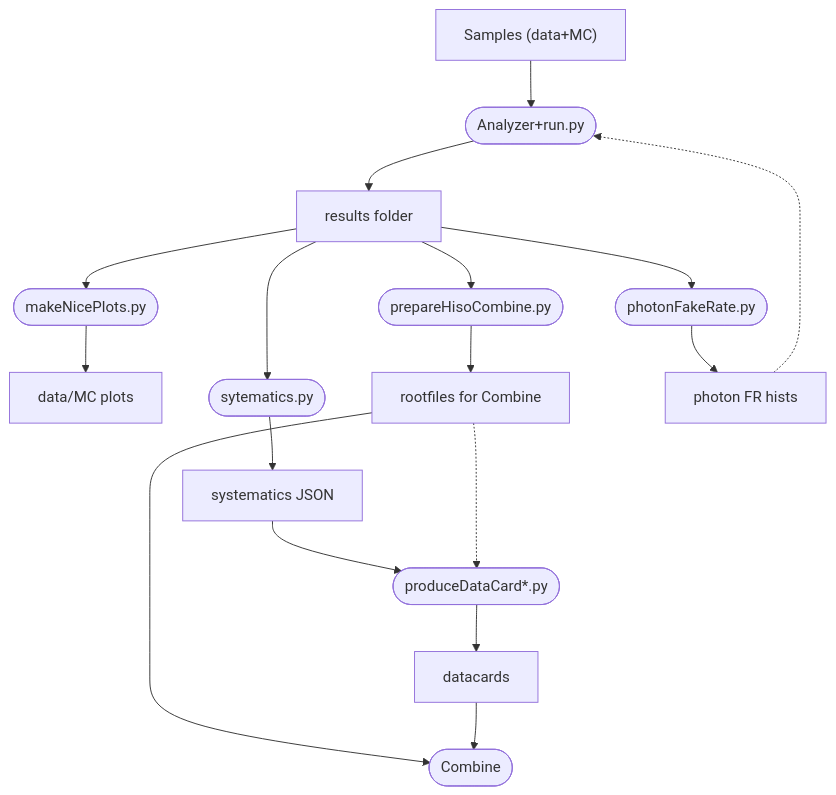
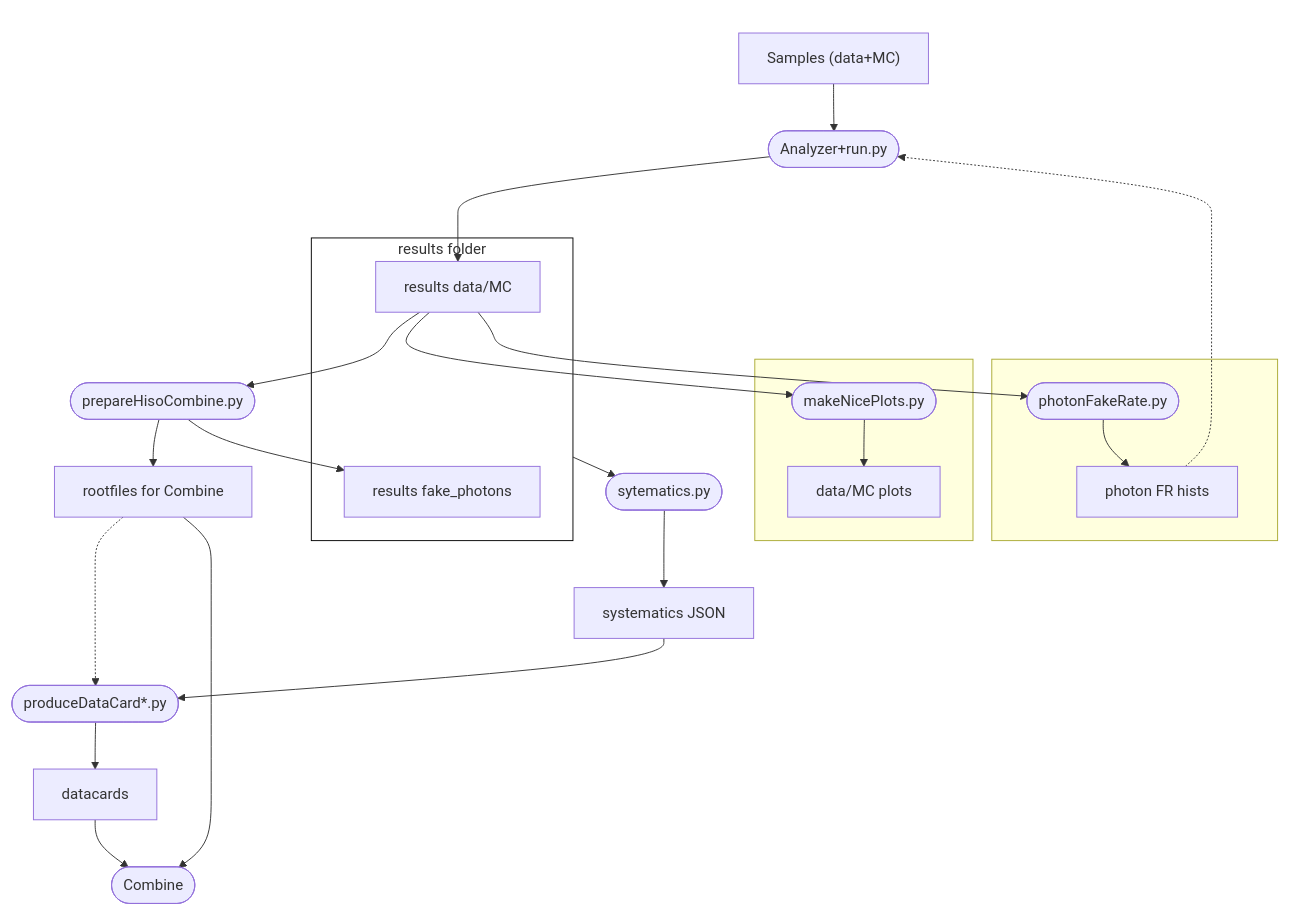
Before and after one commit to bellan/VVXAnalysis: the diagram in TreeAnalysis/README.md, drawn with Mermaid.

Commit message:
Update flowchart in README.md
Clarify that prepareHistoCombine.py is needed to produce fake_photons.root

````diff
--- a/TreeAnalysis/README.md
+++ b/TreeAnalysis/README.md
@@ -16,34 +16,64 @@
 ```mermaid
 graph TD;
     samples["Samples (data+MC)"]
     analyzer([Analyzer+run.py])
-    results[results folder]
+    results[results data/MC]
+    fakephotons[results fake_photons]
     makeNicePlots([makeNicePlots.py])
     dataMC[data/MC plots]
     systematics([sytematics.py])
     photonFakeRate([photonFakeRate.py])
     sysJSON[systematics JSON]
     prepareHisoCombine([prepareHisoCombine.py])
     histsCombine[rootfiles for Combine]
     produceDataCard([produceDataCard*.py])
     datacards[datacards]
     phFRhist[photon FR hists]
     combine([Combine])
 
     samples-->analyzer
     analyzer-->results
-    results-->makeNicePlots
     makeNicePlots-->dataMC
-    results-->systematics
-    results-->photonFakeRate
+    resultsSG-->systematics
     systematics-->sysJSON
     sysJSON-->produceDataCard
     results-->prepareHisoCombine
+    results-->makeNicePlots
+    results-->photonFakeRate
     prepareHisoCombine-->histsCombine
+    prepareHisoCombine-->fakephotons
     histsCombine-..->produceDataCard
     produceDataCard-->datacards
     photonFakeRate-->phFRhist
     phFRhist-.->analyzer
     histsCombine-->combine
     datacards-->combine
+
+    subgraph resultsSG["results folder"];
+        results
+        fakephotons
+    end
+    style resultsSG fill:#fff,stroke:#000
+
+    subgraph nicePlotsSG[" "];
+        makeNicePlots
+        dataMC
+    end
+
+    subgraph phFRSG[" "];
+        photonFakeRate
+        phFRhist
+    end
+
+    subgraph inputSG[" "];
+        samples
+        analyzer
+    end
+    style inputSG fill:#fff,stroke-width:0pt
+
+    subgraph prepareSG[" "];
+        prepareHisoCombine
+        histsCombine
+    end
+    style prepareSG fill:#fff,stroke-width:0pt
 ```
````
